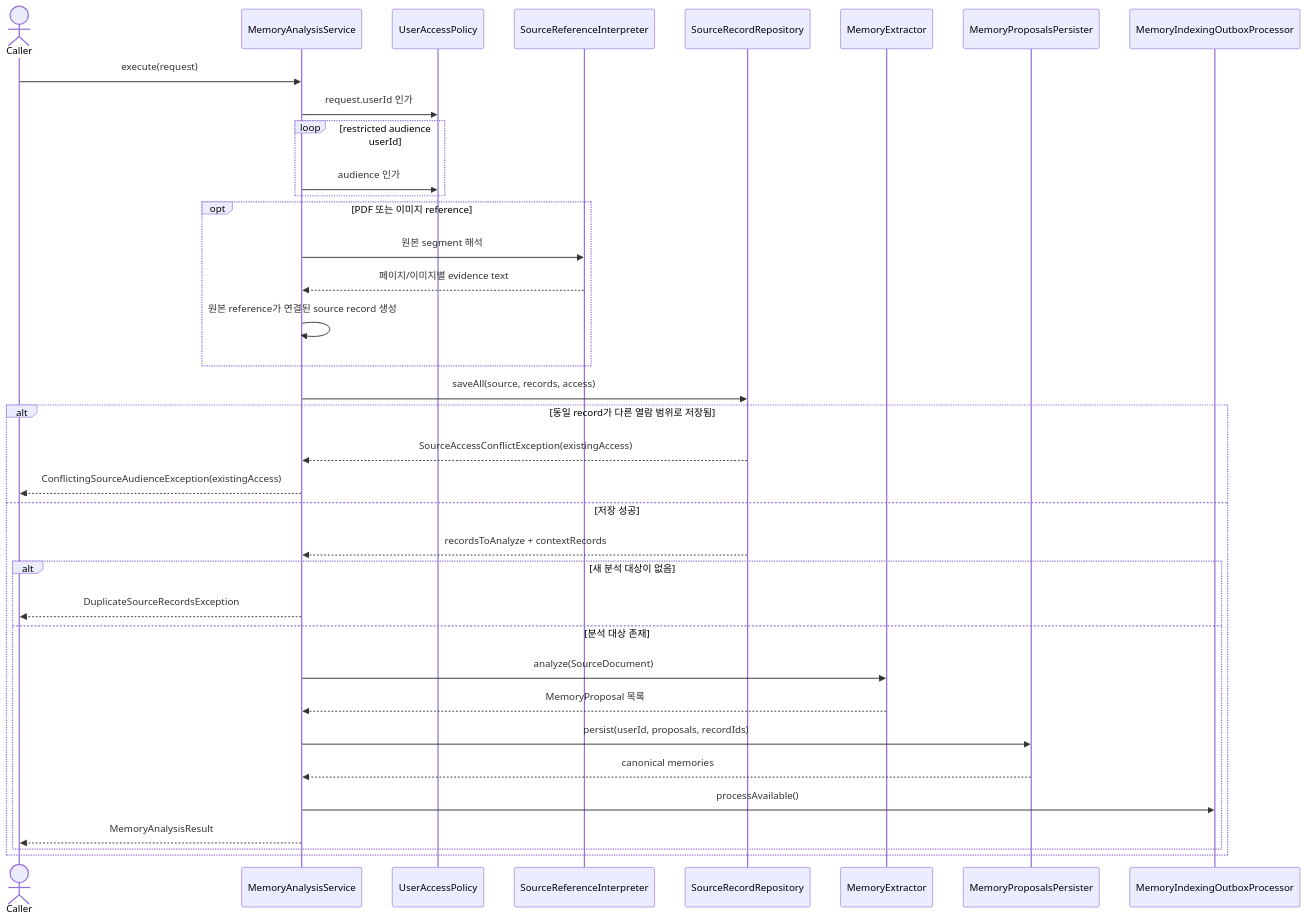
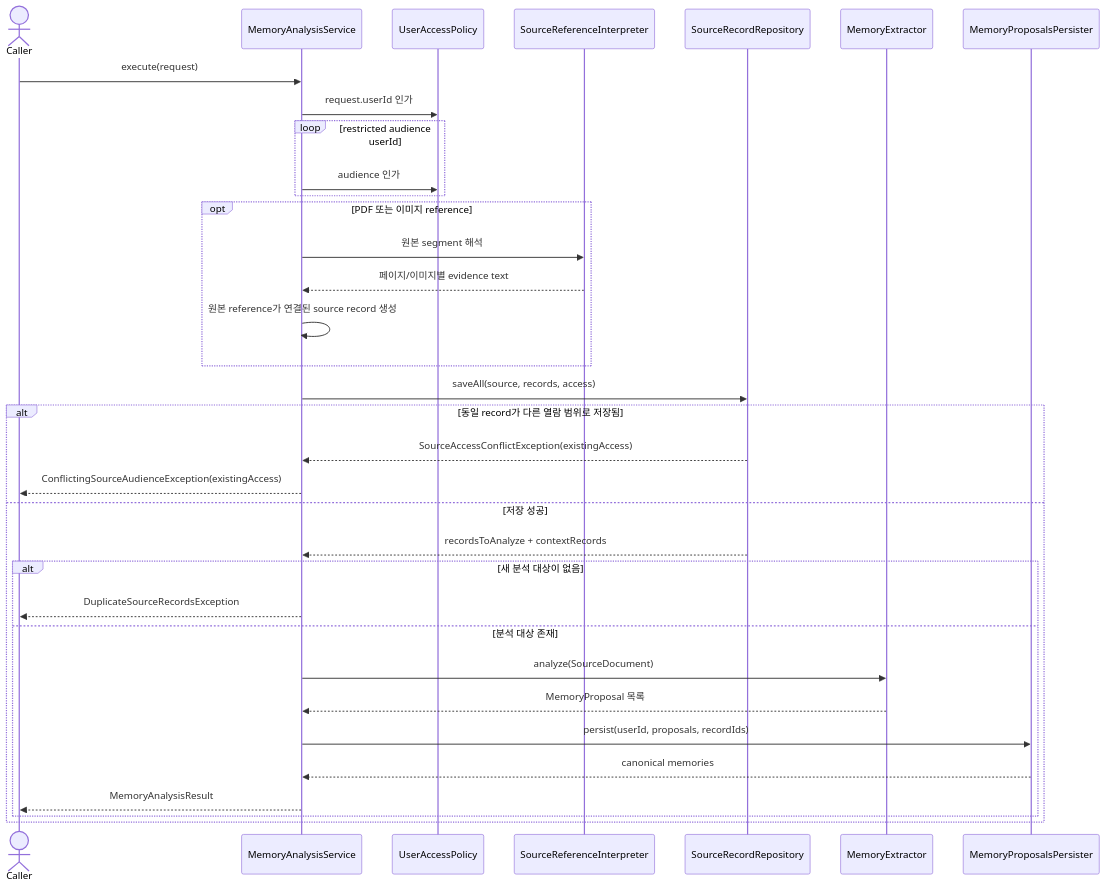
One commit to magenta1223/home_assistant changed the diagram in application/src/main/kotlin/com/homeassistant/application/usecase/memory/analysis/README.md. Above: the diagram before and after it, drawn with Mermaid. The commit also changed other lines of this file and 50 other files, not shown here.

````diff
--- a/application/src/main/kotlin/com/homeassistant/application/usecase/memory/analysis/README.md
+++ b/application/src/main/kotlin/com/homeassistant/application/usecase/memory/analysis/README.md
@@ -17,39 +17,37 @@
 ```mermaid
 sequenceDiagram
     actor Caller
     participant Analysis as MemoryAnalysisService
     participant Access as UserAccessPolicy
     participant Reference as SourceReferenceInterpreter
     participant Sources as SourceRecordRepository
     participant Extractor as MemoryExtractor
     participant Persister as MemoryProposalsPersister
-    participant Indexing as MemoryIndexingOutboxProcessor
 
     Caller->>Analysis: execute(request)
     Analysis->>Access: request.userId 인가
     loop restricted audience userId
         Analysis->>Access: audience 인가
     end
     opt PDF 또는 이미지 reference
         Analysis->>Reference: 원본 segment 해석
         Reference-->>Analysis: 페이지/이미지별 evidence text
         Analysis->>Analysis: 원본 reference가 연결된 source record 생성
     end
     Analysis->>Sources: saveAll(source, records, access)
     alt 동일 record가 다른 열람 범위로 저장됨
         Sources-->>Analysis: SourceAccessConflictException(existingAccess)
         Analysis-->>Caller: ConflictingSourceAudienceException(existingAccess)
     else 저장 성공
         Sources-->>Analysis: recordsToAnalyze + contextRecords
         alt 새 분석 대상이 없음
             Analysis-->>Caller: DuplicateSourceRecordsException
         else 분석 대상 존재
             Analysis->>Extractor: analyze(SourceDocument)
             Extractor-->>Analysis: MemoryProposal 목록
             Analysis->>Persister: persist(userId, proposals, recordIds)
             Persister-->>Analysis: canonical memories
-            Analysis->>Indexing: processAvailable()
             Analysis-->>Caller: MemoryAnalysisResult
         end
     end
 ```
````
